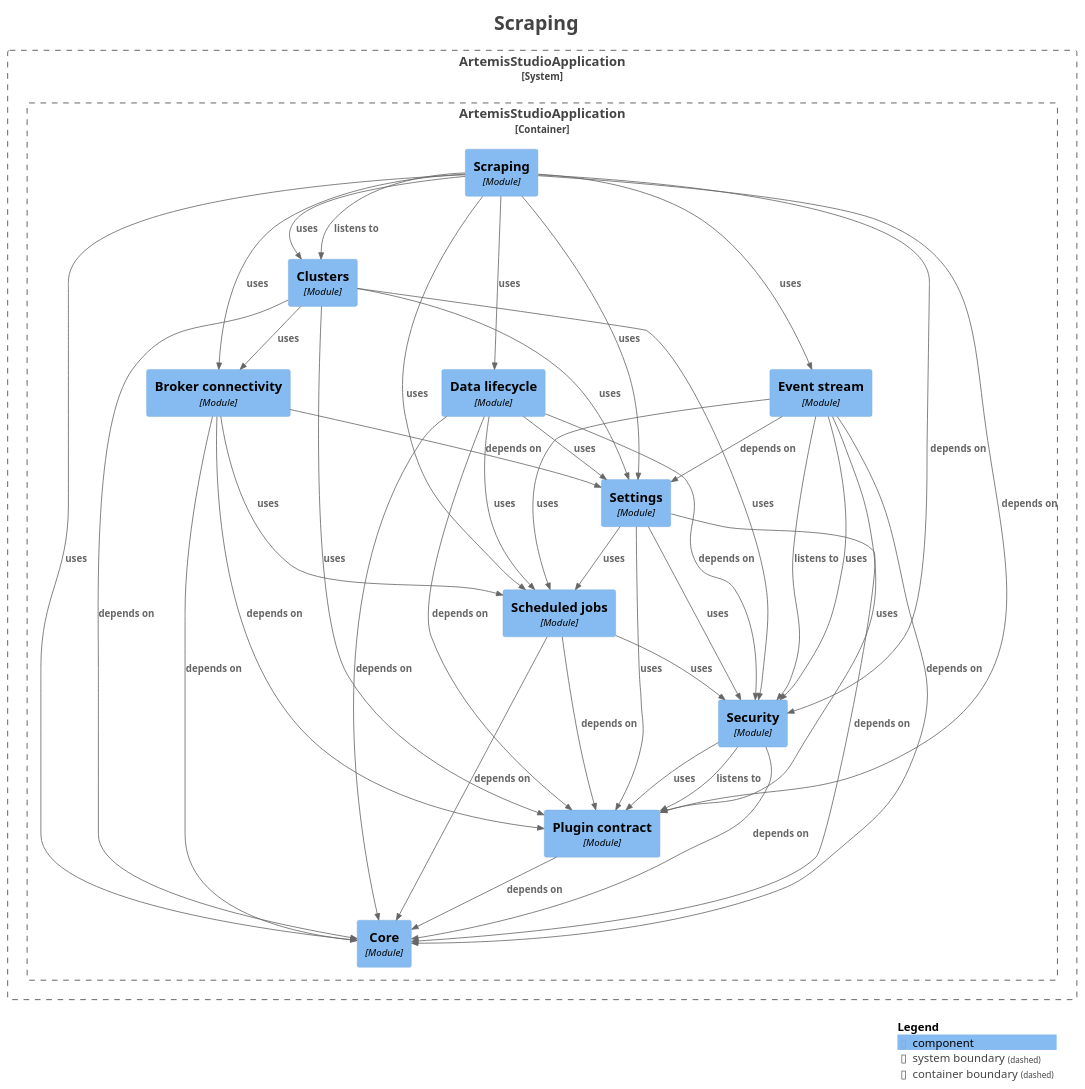
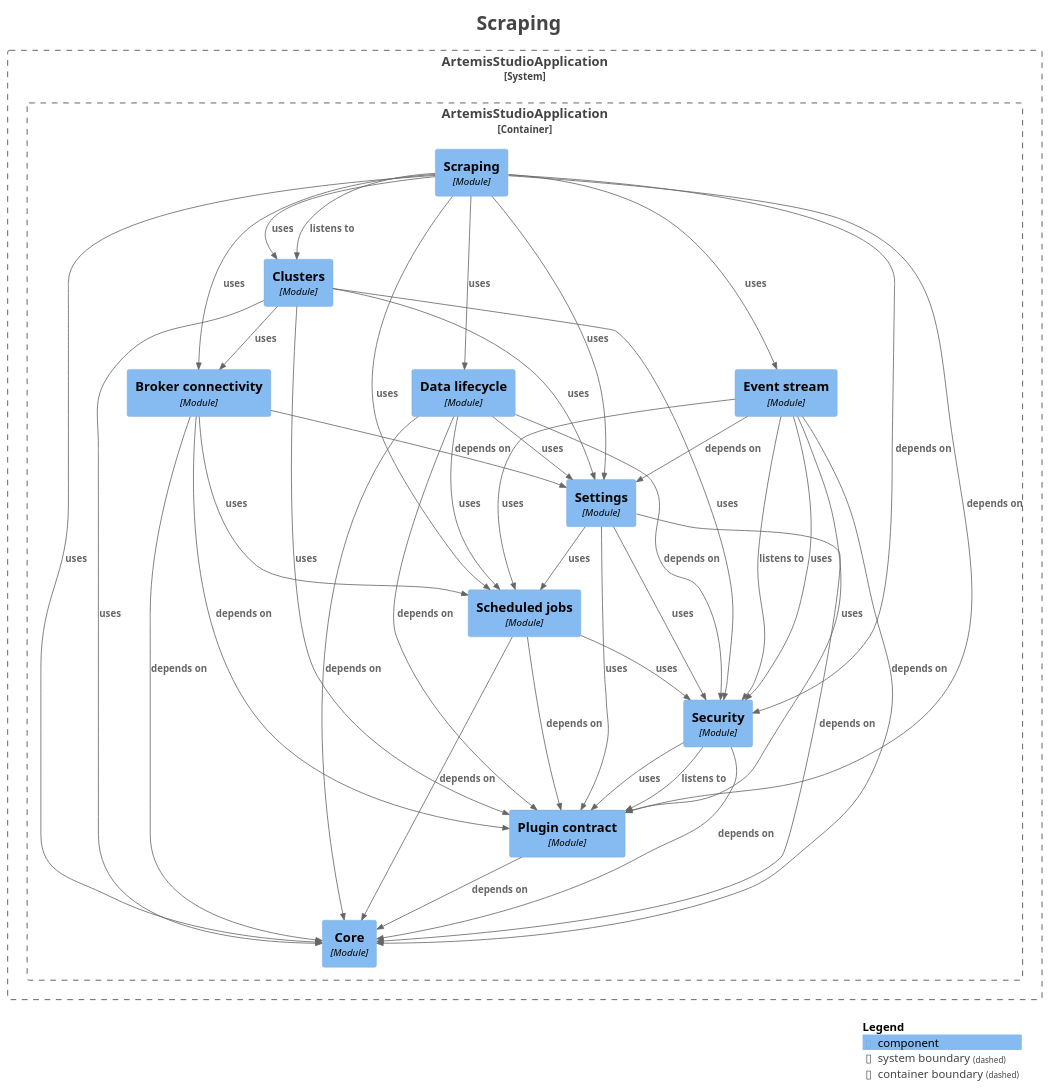
One commit to sudoitir/artemis-studio changed the diagram in docs/modules/module-platform.scrape.puml. Above: the diagram before and after it, drawn with PlantUML. The commit also changed 13 other files, not shown here.

Commit message:
docs: regenerate module diagrams after the merge

```diff
--- a/docs/modules/module-platform.scrape.puml
+++ b/docs/modules/module-platform.scrape.puml
@@ -1,78 +1,78 @@
 @startuml
 title <size:24>Scraping</size>
 
 set separator none
 top to bottom direction
 
 <style>
   root {
     BackgroundColor: #ffffff
     FontColor: #444444
   }
 </style>
 
 !include <C4/C4>
 !include <C4/C4_Context>
 !include <C4/C4_Component>
 
 System_Boundary("ArtemisStudioApplication_boundary", "ArtemisStudioApplication", $tags="") {
   Container_Boundary("ArtemisStudioApplication.ArtemisStudioApplication_boundary", "ArtemisStudioApplication", $tags="") {
     Component(ArtemisStudioApplication.ArtemisStudioApplication.Brokerconnectivity, "Broker connectivity", $techn="Module", $descr="", $tags="", $link="")
     Component(ArtemisStudioApplication.ArtemisStudioApplication.Clusters, "Clusters", $techn="Module", $descr="", $tags="", $link="")
     Component(ArtemisStudioApplication.ArtemisStudioApplication.Core, "Core", $techn="Module", $descr="", $tags="", $link="")
     Component(ArtemisStudioApplication.ArtemisStudioApplication.Datalifecycle, "Data lifecycle", $techn="Module", $descr="", $tags="", $link="")
     Component(ArtemisStudioApplication.ArtemisStudioApplication.Eventstream, "Event stream", $techn="Module", $descr="", $tags="", $link="")
     Component(ArtemisStudioApplication.ArtemisStudioApplication.Plugincontract, "Plugin contract", $techn="Module", $descr="", $tags="", $link="")
     Component(ArtemisStudioApplication.ArtemisStudioApplication.Scheduledjobs, "Scheduled jobs", $techn="Module", $descr="", $tags="", $link="")
     Component(ArtemisStudioApplication.ArtemisStudioApplication.Scraping, "Scraping", $techn="Module", $descr="", $tags="", $link="")
     Component(ArtemisStudioApplication.ArtemisStudioApplication.Security, "Security", $techn="Module", $descr="", $tags="", $link="")
     Component(ArtemisStudioApplication.ArtemisStudioApplication.Settings, "Settings", $techn="Module", $descr="", $tags="", $link="")
   }
 
 }
 
 Rel(ArtemisStudioApplication.ArtemisStudioApplication.Brokerconnectivity, ArtemisStudioApplication.ArtemisStudioApplication.Core, "depends on", $techn="", $tags="", $link="")
 Rel(ArtemisStudioApplication.ArtemisStudioApplication.Brokerconnectivity, ArtemisStudioApplication.ArtemisStudioApplication.Plugincontract, "depends on", $techn="", $tags="", $link="")
 Rel(ArtemisStudioApplication.ArtemisStudioApplication.Brokerconnectivity, ArtemisStudioApplication.ArtemisStudioApplication.Scheduledjobs, "uses", $techn="", $tags="", $link="")
 Rel(ArtemisStudioApplication.ArtemisStudioApplication.Brokerconnectivity, ArtemisStudioApplication.ArtemisStudioApplication.Settings, "depends on", $techn="", $tags="", $link="")
 Rel(ArtemisStudioApplication.ArtemisStudioApplication.Clusters, ArtemisStudioApplication.ArtemisStudioApplication.Brokerconnectivity, "uses", $techn="", $tags="", $link="")
-Rel(ArtemisStudioApplication.ArtemisStudioApplication.Clusters, ArtemisStudioApplication.ArtemisStudioApplication.Core, "depends on", $techn="", $tags="", $link="")
+Rel(ArtemisStudioApplication.ArtemisStudioApplication.Clusters, ArtemisStudioApplication.ArtemisStudioApplication.Core, "uses", $techn="", $tags="", $link="")
 Rel(ArtemisStudioApplication.ArtemisStudioApplication.Clusters, ArtemisStudioApplication.ArtemisStudioApplication.Plugincontract, "uses", $techn="", $tags="", $link="")
 Rel(ArtemisStudioApplication.ArtemisStudioApplication.Clusters, ArtemisStudioApplication.ArtemisStudioApplication.Security, "uses", $techn="", $tags="", $link="")
 Rel(ArtemisStudioApplication.ArtemisStudioApplication.Clusters, ArtemisStudioApplication.ArtemisStudioApplication.Settings, "uses", $techn="", $tags="", $link="")
 Rel(ArtemisStudioApplication.ArtemisStudioApplication.Datalifecycle, ArtemisStudioApplication.ArtemisStudioApplication.Core, "depends on", $techn="", $tags="", $link="")
 Rel(ArtemisStudioApplication.ArtemisStudioApplication.Datalifecycle, ArtemisStudioApplication.ArtemisStudioApplication.Plugincontract, "depends on", $techn="", $tags="", $link="")
 Rel(ArtemisStudioApplication.ArtemisStudioApplication.Datalifecycle, ArtemisStudioApplication.ArtemisStudioApplication.Scheduledjobs, "uses", $techn="", $tags="", $link="")
 Rel(ArtemisStudioApplication.ArtemisStudioApplication.Datalifecycle, ArtemisStudioApplication.ArtemisStudioApplication.Security, "depends on", $techn="", $tags="", $link="")
 Rel(ArtemisStudioApplication.ArtemisStudioApplication.Datalifecycle, ArtemisStudioApplication.ArtemisStudioApplication.Settings, "uses", $techn="", $tags="", $link="")
 Rel(ArtemisStudioApplication.ArtemisStudioApplication.Eventstream, ArtemisStudioApplication.ArtemisStudioApplication.Core, "depends on", $techn="", $tags="", $link="")
 Rel(ArtemisStudioApplication.ArtemisStudioApplication.Eventstream, ArtemisStudioApplication.ArtemisStudioApplication.Plugincontract, "uses", $techn="", $tags="", $link="")
 Rel(ArtemisStudioApplication.ArtemisStudioApplication.Eventstream, ArtemisStudioApplication.ArtemisStudioApplication.Scheduledjobs, "uses", $techn="", $tags="", $link="")
 Rel(ArtemisStudioApplication.ArtemisStudioApplication.Eventstream, ArtemisStudioApplication.ArtemisStudioApplication.Security, "listens to", $techn="", $tags="", $link="")
 Rel(ArtemisStudioApplication.ArtemisStudioApplication.Eventstream, ArtemisStudioApplication.ArtemisStudioApplication.Security, "uses", $techn="", $tags="", $link="")
 Rel(ArtemisStudioApplication.ArtemisStudioApplication.Eventstream, ArtemisStudioApplication.ArtemisStudioApplication.Settings, "depends on", $techn="", $tags="", $link="")
 Rel(ArtemisStudioApplication.ArtemisStudioApplication.Plugincontract, ArtemisStudioApplication.ArtemisStudioApplication.Core, "depends on", $techn="", $tags="", $link="")
 Rel(ArtemisStudioApplication.ArtemisStudioApplication.Scheduledjobs, ArtemisStudioApplication.ArtemisStudioApplication.Core, "depends on", $techn="", $tags="", $link="")
 Rel(ArtemisStudioApplication.ArtemisStudioApplication.Scheduledjobs, ArtemisStudioApplication.ArtemisStudioApplication.Plugincontract, "depends on", $techn="", $tags="", $link="")
 Rel(ArtemisStudioApplication.ArtemisStudioApplication.Scheduledjobs, ArtemisStudioApplication.ArtemisStudioApplication.Security, "uses", $techn="", $tags="", $link="")
 Rel(ArtemisStudioApplication.ArtemisStudioApplication.Scraping, ArtemisStudioApplication.ArtemisStudioApplication.Brokerconnectivity, "uses", $techn="", $tags="", $link="")
 Rel(ArtemisStudioApplication.ArtemisStudioApplication.Scraping, ArtemisStudioApplication.ArtemisStudioApplication.Clusters, "listens to", $techn="", $tags="", $link="")
 Rel(ArtemisStudioApplication.ArtemisStudioApplication.Scraping, ArtemisStudioApplication.ArtemisStudioApplication.Clusters, "uses", $techn="", $tags="", $link="")
 Rel(ArtemisStudioApplication.ArtemisStudioApplication.Scraping, ArtemisStudioApplication.ArtemisStudioApplication.Core, "uses", $techn="", $tags="", $link="")
 Rel(ArtemisStudioApplication.ArtemisStudioApplication.Scraping, ArtemisStudioApplication.ArtemisStudioApplication.Datalifecycle, "uses", $techn="", $tags="", $link="")
 Rel(ArtemisStudioApplication.ArtemisStudioApplication.Scraping, ArtemisStudioApplication.ArtemisStudioApplication.Eventstream, "uses", $techn="", $tags="", $link="")
 Rel(ArtemisStudioApplication.ArtemisStudioApplication.Scraping, ArtemisStudioApplication.ArtemisStudioApplication.Plugincontract, "depends on", $techn="", $tags="", $link="")
 Rel(ArtemisStudioApplication.ArtemisStudioApplication.Scraping, ArtemisStudioApplication.ArtemisStudioApplication.Scheduledjobs, "uses", $techn="", $tags="", $link="")
 Rel(ArtemisStudioApplication.ArtemisStudioApplication.Scraping, ArtemisStudioApplication.ArtemisStudioApplication.Security, "depends on", $techn="", $tags="", $link="")
 Rel(ArtemisStudioApplication.ArtemisStudioApplication.Scraping, ArtemisStudioApplication.ArtemisStudioApplication.Settings, "uses", $techn="", $tags="", $link="")
 Rel(ArtemisStudioApplication.ArtemisStudioApplication.Security, ArtemisStudioApplication.ArtemisStudioApplication.Core, "depends on", $techn="", $tags="", $link="")
 Rel(ArtemisStudioApplication.ArtemisStudioApplication.Security, ArtemisStudioApplication.ArtemisStudioApplication.Plugincontract, "listens to", $techn="", $tags="", $link="")
 Rel(ArtemisStudioApplication.ArtemisStudioApplication.Security, ArtemisStudioApplication.ArtemisStudioApplication.Plugincontract, "uses", $techn="", $tags="", $link="")
 Rel(ArtemisStudioApplication.ArtemisStudioApplication.Settings, ArtemisStudioApplication.ArtemisStudioApplication.Core, "depends on", $techn="", $tags="", $link="")
 Rel(ArtemisStudioApplication.ArtemisStudioApplication.Settings, ArtemisStudioApplication.ArtemisStudioApplication.Plugincontract, "uses", $techn="", $tags="", $link="")
 Rel(ArtemisStudioApplication.ArtemisStudioApplication.Settings, ArtemisStudioApplication.ArtemisStudioApplication.Scheduledjobs, "uses", $techn="", $tags="", $link="")
 Rel(ArtemisStudioApplication.ArtemisStudioApplication.Settings, ArtemisStudioApplication.ArtemisStudioApplication.Security, "uses", $techn="", $tags="", $link="")
 
 SHOW_LEGEND(true)
 hide stereotypes
 @enduml
```
